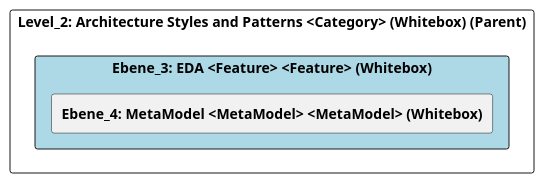
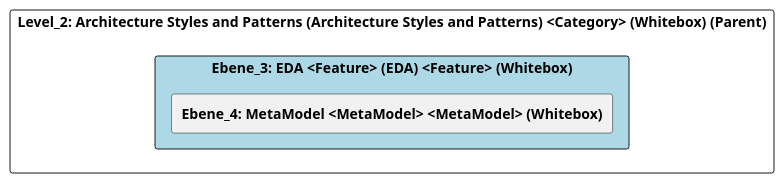
One commit to marcozwyssig/cleon changed the diagram in doc/cleonproject_deliverables_architecture_model_architecture/adoc/de/05_bausteinsicht/cleon/architecture_styles_and_patterns/eda/ebene_3_eda.adoc. Above: the diagram before and after it, drawn with PlantUML. The commit also changed other lines of this file and 166 other files, not shown here.

```diff
--- a/doc/cleonproject_deliverables_architecture_model_architecture/adoc/de/05_bausteinsicht/cleon/architecture_styles_and_patterns/eda/ebene_3_eda.adoc
+++ b/doc/cleonproject_deliverables_architecture_model_architecture/adoc/de/05_bausteinsicht/cleon/architecture_styles_and_patterns/eda/ebene_3_eda.adoc
@@ -20,26 +20,26 @@
-[plantuml, Ebene_3: EDA <Feature> <Feature> (Whitebox)BlockOverview, format="svg"]
+[plantuml, Ebene_3: EDA <Feature> (EDA) <Feature> (Whitebox)BlockOverview, format="svg"]
 ----
-@startuml Ebene_3: EDA <Feature> <Feature> (Whitebox)BuildingBlockOverview
+@startuml Ebene_3: EDA <Feature> (EDA) <Feature> (Whitebox)BuildingBlockOverview
 
 skinparam ranksep 10
 skinparam componentStyle rectangle
 skinparam shadowing false
 skinparam arrowColor lightblue
 skinparam arrowThickness 1.2
 skinparam rectangle {
   BackgroundColor White
   BorderColor #333
   RoundCorner 10
 }
 top to bottom direction
 
-component "Level_2: Architecture Styles and Patterns <Category> (Whitebox) (Parent)" {
-    component "Ebene_3: EDA <Feature> <Feature> (Whitebox)" #lightblue {
+component "Level_2: Architecture Styles and Patterns (Architecture Styles and Patterns) <Category> (Whitebox) (Parent)" {
+    component "Ebene_3: EDA <Feature> (EDA) <Feature> (Whitebox)" #lightblue {
         [**Ebene_4: MetaModel <MetaModel> <MetaModel> (Whitebox)**] as 4A56DE46_D579_11EE_903E_9F564E4DE07E
     }
 
     
 }
 
 @enduml
 ----
```
